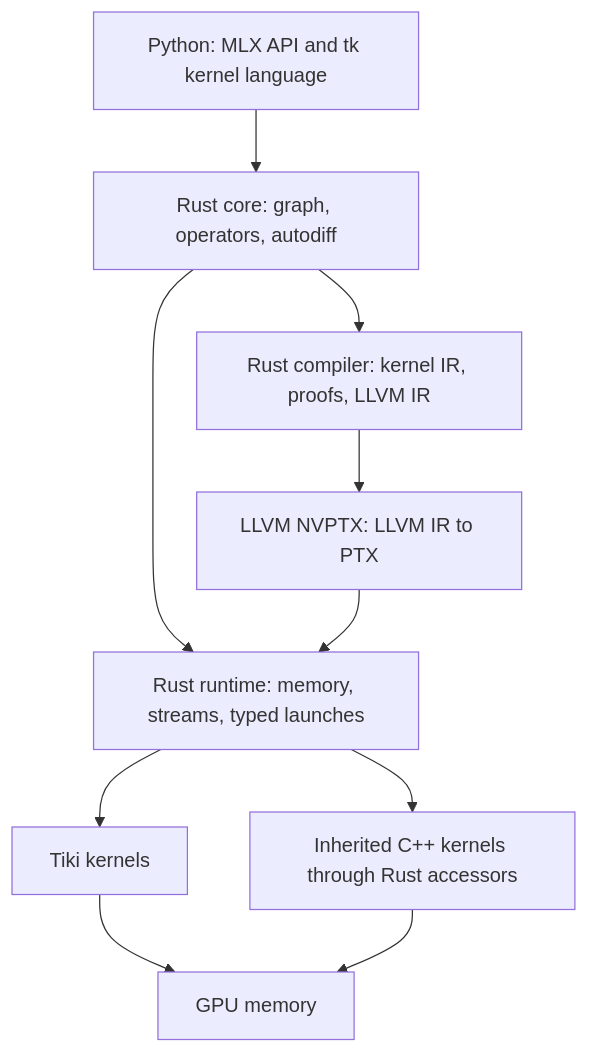
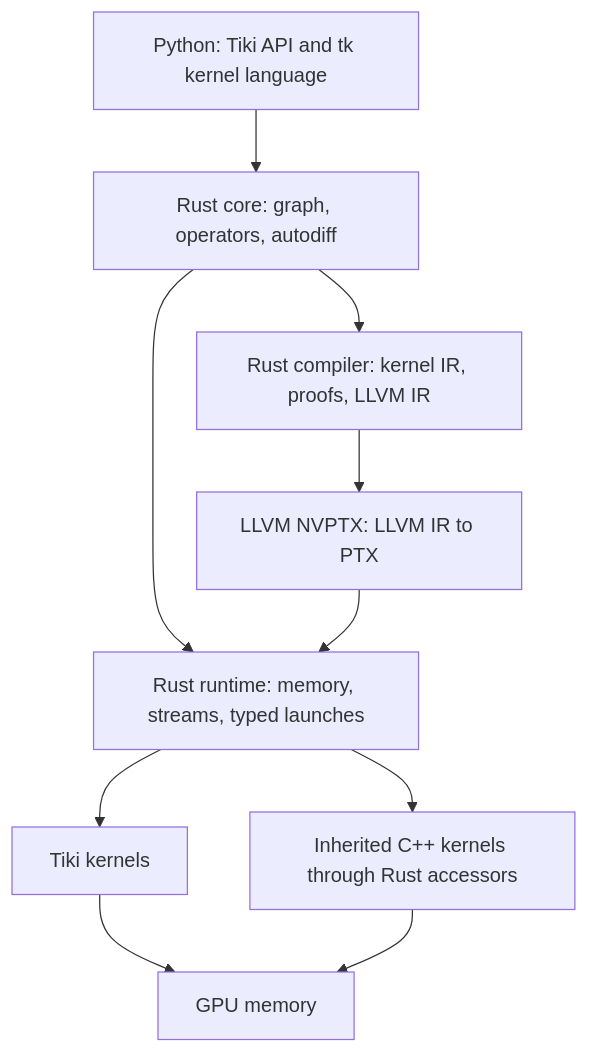
One commit to dedalus-labs/tiki changed the diagram in experiments/rust_backend/DECISION-2026-09-05.md. Above: the diagram before and after it, drawn with Mermaid. The commit also changed other lines of this file and 1647 other files, not shown here.

First line of the commit message:
refactor: rename the framework from MLX to Tiki (#36)

````diff
--- a/experiments/rust_backend/DECISION-2026-09-05.md
+++ b/experiments/rust_backend/DECISION-2026-09-05.md
@@ -72,12 +72,12 @@
 ```mermaid
 flowchart TB
-    python[Python: MLX API and tk kernel language] --> core[Rust core: graph, operators, autodiff]
+    python[Python: Tiki API and tk kernel language] --> core[Rust core: graph, operators, autodiff]
     core --> compiler[Rust compiler: kernel IR, proofs, LLVM IR]
     compiler --> nvvm[LLVM NVPTX: LLVM IR to PTX]
     core --> runtime[Rust runtime: memory, streams, typed launches]
     nvvm --> runtime
     runtime --> kernels[Tiki kernels]
     runtime --> legacy[Inherited C++ kernels through Rust accessors]
     kernels --> gpu[GPU memory]
     legacy --> gpu
 ```
````
